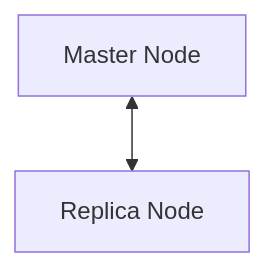
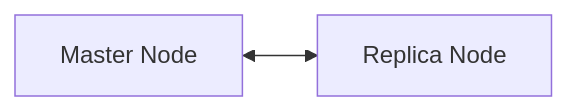
One commit to QubitSecurity/howto changed the diagram in rocky9/app/mysql/ansible_install/readme.md. Above: the diagram before and after it, drawn with Mermaid.

````diff
--- a/rocky9/app/mysql/ansible_install/readme.md
+++ b/rocky9/app/mysql/ansible_install/readme.md
@@ -31,8 +31,8 @@
 ```mermaid
-graph TD
+graph LR
         Master1[Master Node]
         Replica1[Replica Node]
 
     Master1 <--> Replica1
 
 ```
````
